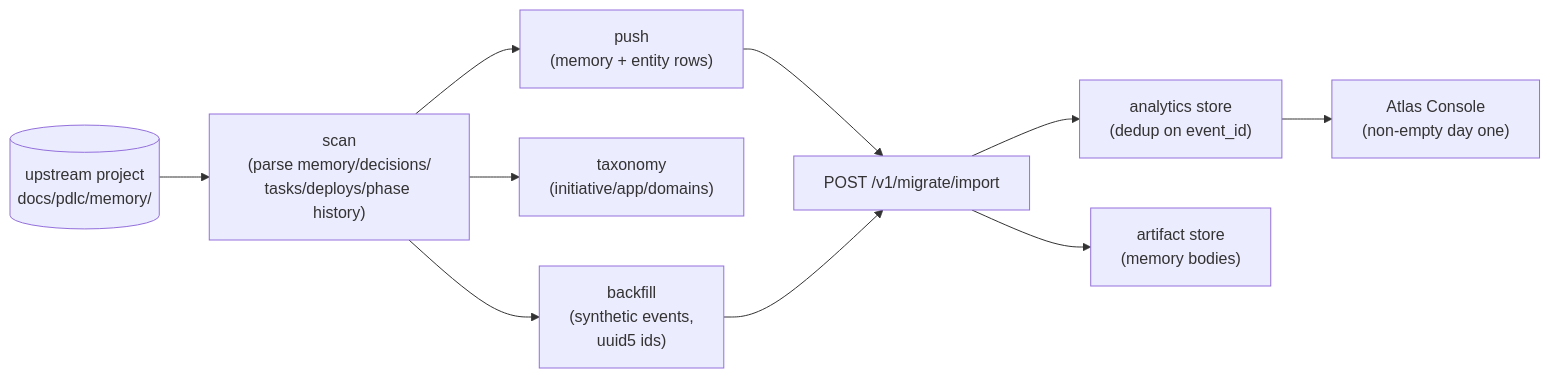
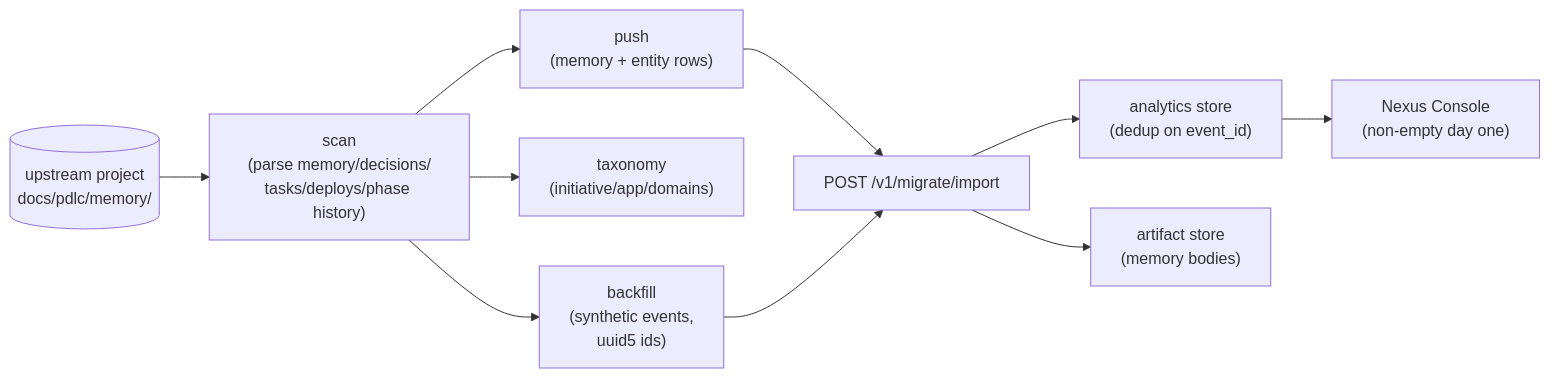
The diagram in docs/wiki/15-migration.md (pdlc-os/pdlcflow), drawn with Mermaid before and after one commit. The commit also changed other lines of this file and 24 other files, not shown here.

First line of the commit message:
docs+ui: rename 'Atlas Console' → 'Nexus Console' (avoid clash with Atlas the agent)

````diff
--- a/docs/wiki/15-migration.md
+++ b/docs/wiki/15-migration.md
@@ -13,12 +13,12 @@
 ```mermaid
 flowchart LR
   src[("upstream project\ndocs/pdlc/memory/")] --> scan
   scan["scan\n(parse memory/decisions/\ntasks/deploys/phase history)"] --> push
   scan --> taxonomy["taxonomy\n(initiative/app/domains)"]
   scan --> backfill["backfill\n(synthetic events,\nuuid5 ids)"]
   push["push\n(memory + entity rows)"] --> imp
   backfill --> imp
   imp["POST /v1/migrate/import"] --> an["analytics store\n(dedup on event_id)"]
   imp --> art["artifact store\n(memory bodies)"]
-  an --> console["Atlas Console\n(non-empty day one)"]
+  an --> console["Nexus Console\n(non-empty day one)"]
 ```
````
